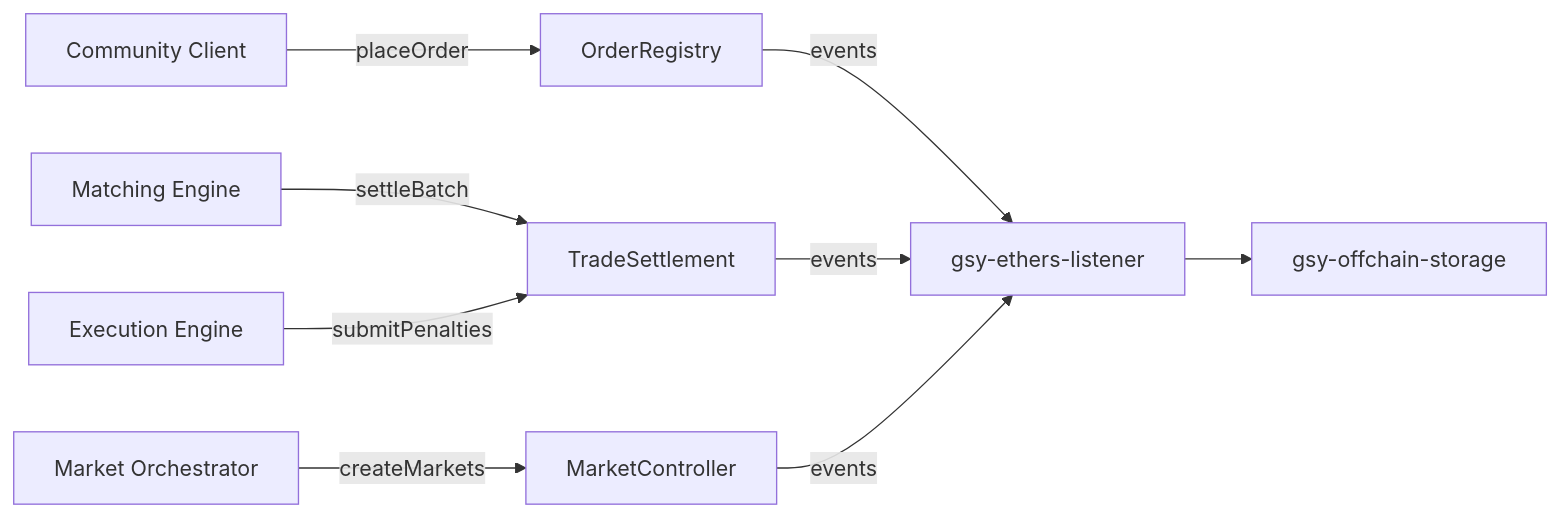
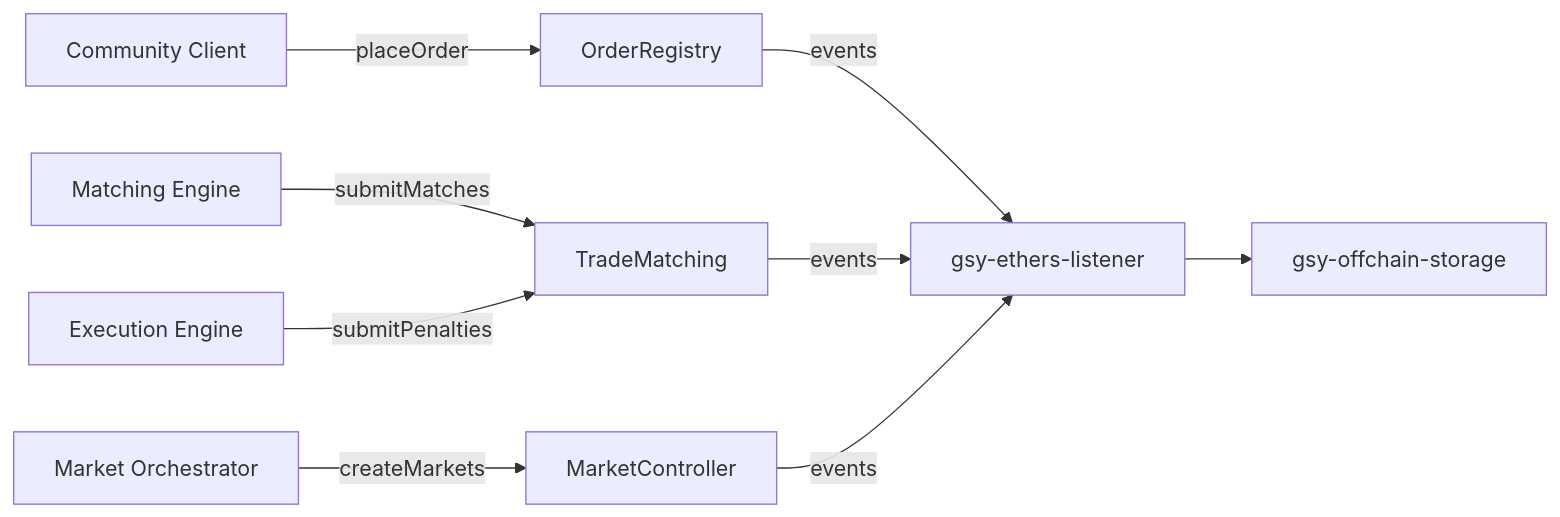
The diagram in docs/platform/overview.md (gridsingularity/gsy-decentralized-exchange), drawn with Mermaid before and after one commit. The commit also changed other lines of this file and 66 other files, not shown here.

````diff
--- a/docs/platform/overview.md
+++ b/docs/platform/overview.md
@@ -22,11 +22,11 @@
 ```mermaid
 flowchart LR
     MO["Market Orchestrator"] -->|createMarkets| MC["MarketController"]
     CC["Community Client"] -->|placeOrder| OR["OrderRegistry"]
-    ME["Matching Engine"] -->|settleBatch| TS["TradeSettlement"]
+    ME["Matching Engine"] -->|submitMatches| TS["TradeMatching"]
     EE["Execution Engine"] -->|submitPenalties| TS
     OR -->|events| EL["gsy-ethers-listener"]
     TS -->|events| EL
     MC -->|events| EL
     EL --> OB["gsy-offchain-storage"]
 ```
````
